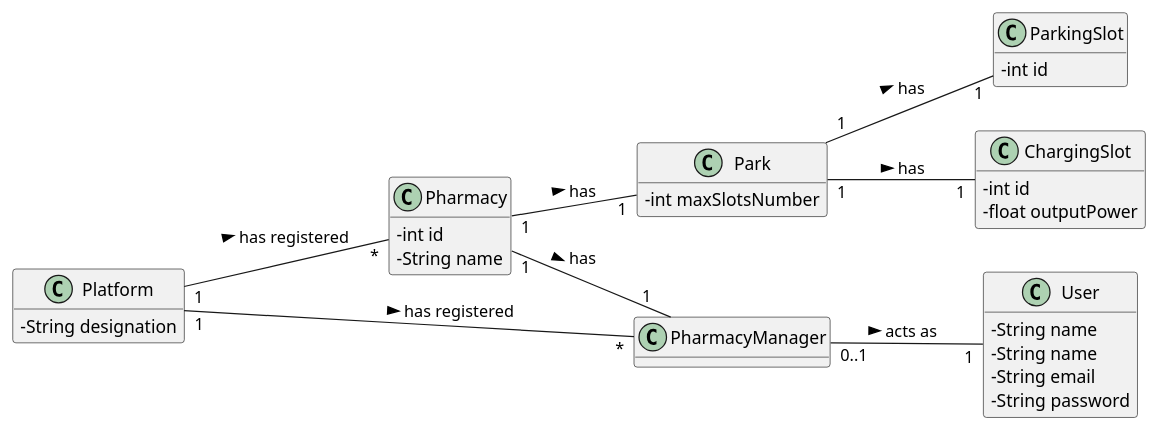
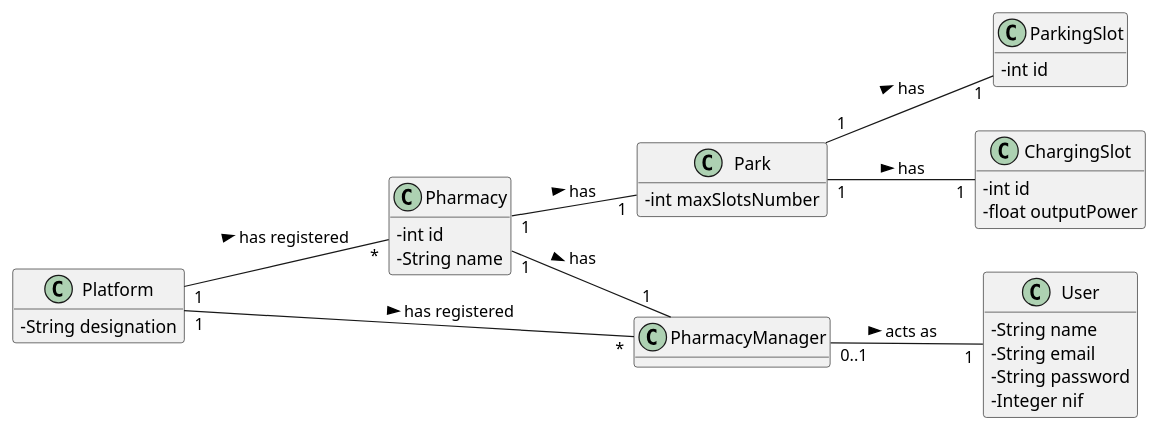
The diagram in docs/Iteration 1/Pharmacy Management/US40_RegisterPhamacy/US40_DM.puml (tiagoavcosta25/LAPR3), drawn with PlantUML before and after one commit. The commit also changed 10 other files, not shown here.

```diff
--- a/docs/Iteration 1/Pharmacy Management/US40_RegisterPhamacy/US40_DM.puml
+++ b/docs/Iteration 1/Pharmacy Management/US40_RegisterPhamacy/US40_DM.puml
@@ -1,45 +1,45 @@
 @startuml
 skinparam classAttributeIconSize 0
 hide methods
 left to right direction
 
 class Platform {
 -   String designation
 }
 
 class Pharmacy{
 -   int id
 -   String name
 }
 
 class User{
 -   String name
--   String name
 -   String email
 -   String password
+-   Integer nif
 }
 
 class PharmacyManager{
 }
 
 class Park{
 -   int maxSlotsNumber
 }
 
 class ChargingSlot{
 -   int id
 -   float outputPower
 }
 
 class ParkingSlot{
 -   int id
 }
 
 Platform "1" -- "*" Pharmacy : has registered >
 Platform "1" -- "*" PharmacyManager : has registered >
 PharmacyManager "0..1" -- "1" User: acts as >
 Pharmacy "1" -- "1" PharmacyManager : has >
 Pharmacy "1" -- "1" Park : has >
 Park "1" -- "1" ChargingSlot : has >
 Park "1" -- "1" ParkingSlot : has >
 @enduml
```
